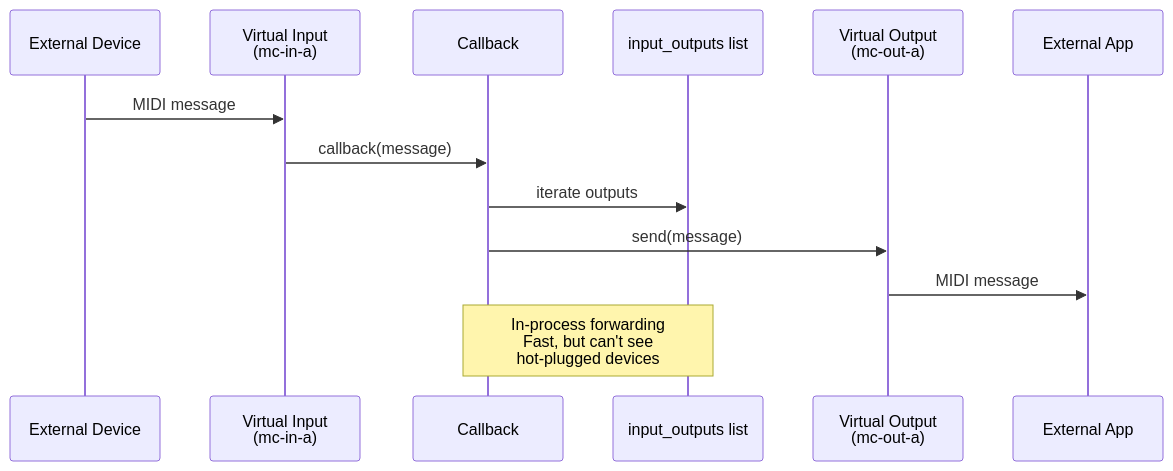
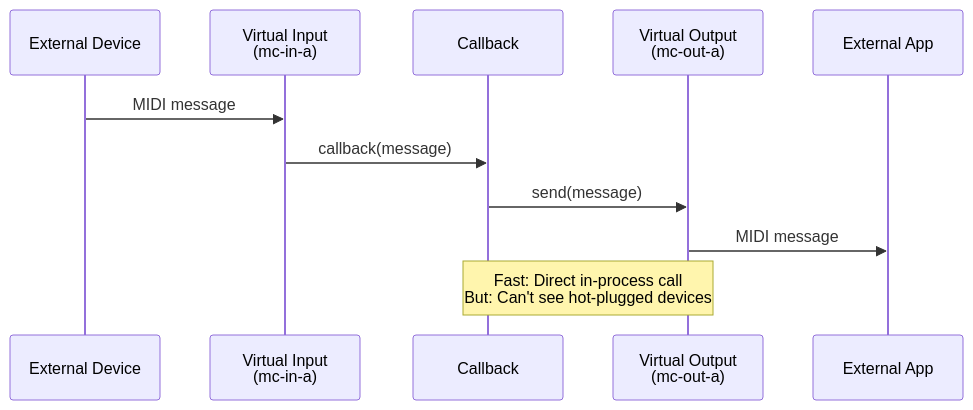
The second of 11 diagrams in docs/architecture.md (odaacabeef/midi-cable), drawn with Mermaid before and after one commit. The commit also changed other lines of this file, not shown here.

Commit message:
Doc forwarding strategies

````diff
--- a/docs/architecture.md
+++ b/docs/architecture.md
@@ -79,17 +85,15 @@
 ```mermaid
 sequenceDiagram
     participant Ext as External Device
     participant VIn as Virtual Input<br/>(mc-in-a)
     participant CB as Callback
-    participant List as input_outputs list
     participant VOut as Virtual Output<br/>(mc-out-a)
     participant App as External App
 
     Ext->>VIn: MIDI message
     VIn->>CB: callback(message)
-    CB->>List: iterate outputs
     CB->>VOut: send(message)
     VOut->>App: MIDI message
 
-    Note over CB,List: In-process forwarding<br/>Fast, but can't see<br/>hot-plugged devices
+    Note over CB,VOut: Fast: Direct in-process call<br/>But: Can't see hot-plugged devices
 ```
````
